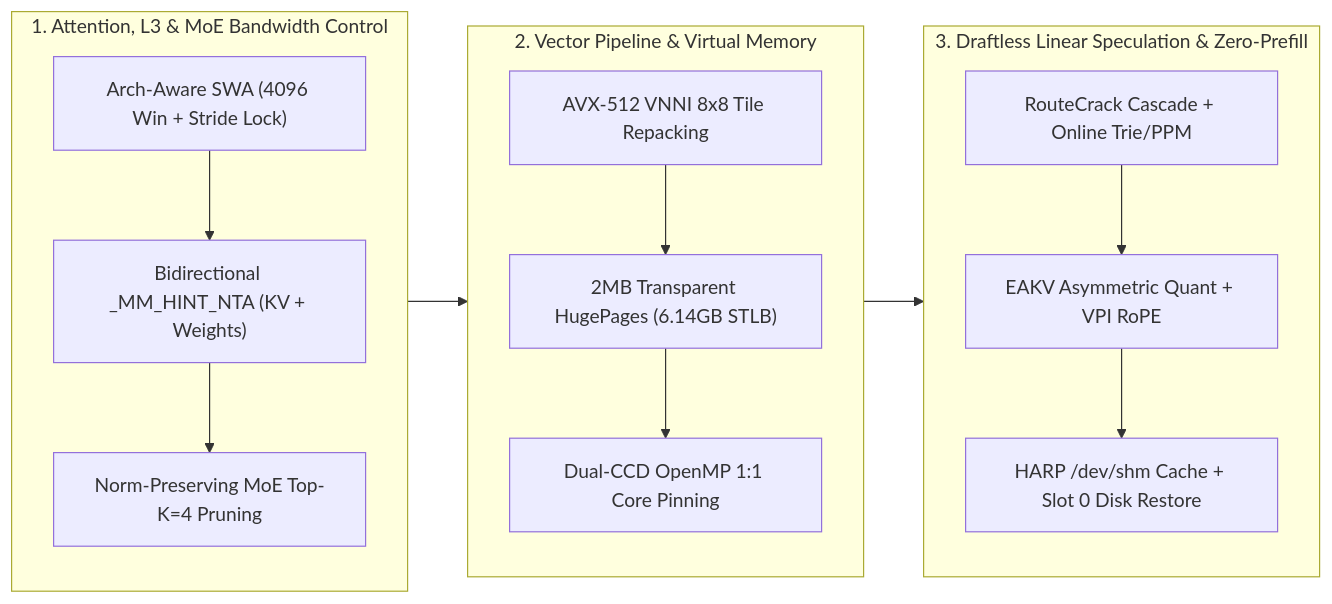
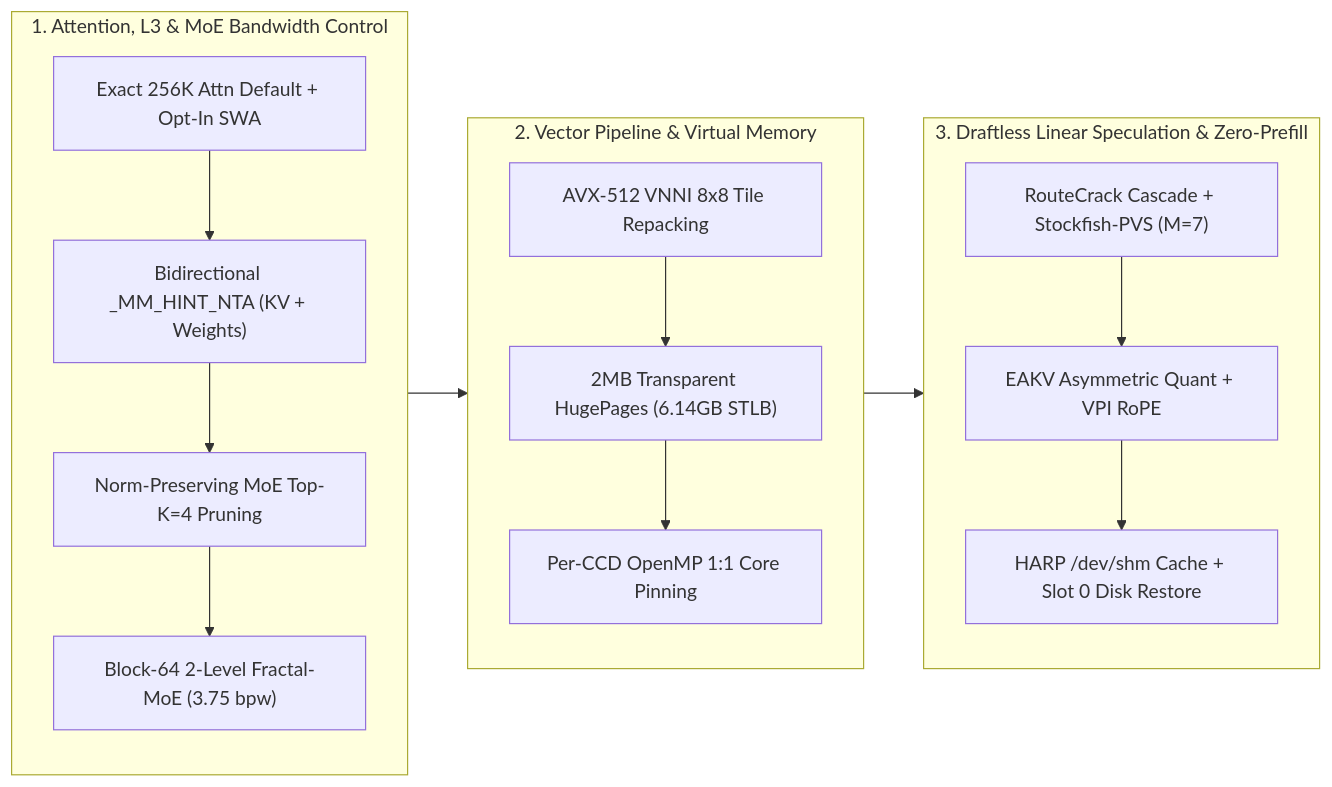
Before and after one commit to synchopate/nemotron-30b-cpu-256k: the second of 2 diagrams in ARCHITECTURE.md, drawn with Mermaid. The commit also changed other lines of this file and 14 other files, not shown here.

Commit message:
Release v2.2.0: Block-64 2-Level Hierarchical Non-Linear MoE Quantization (14.35 GiB Fractal-64 & 15.95 GiB MXFP4), 100-pt Quality Gate, & 8-CCD Threadripper PRO 7985WX (80.14 tok/s)

````diff
--- a/ARCHITECTURE.md
+++ b/ARCHITECTURE.md
@@ -100,16 +100,17 @@
 ```mermaid
 flowchart LR
     subgraph Engine["1. Attention, L3 & MoE Bandwidth Control"]
-        O1["Arch-Aware SWA (4096 Win + Stride Lock)"] --> O2["Bidirectional _MM_HINT_NTA (KV + Weights)"]
+        O1["Exact 256K Attn Default + Opt-In SWA"] --> O2["Bidirectional _MM_HINT_NTA (KV + Weights)"]
         O2 --> O9["Norm-Preserving MoE Top-K=4 Pruning"]
+        O9 --> O10["Block-64 2-Level Fractal-MoE (3.75 bpw)"]
     end
     subgraph Compute["2. Vector Pipeline & Virtual Memory"]
         O3["AVX-512 VNNI 8x8 Tile Repacking"] --> O4["2MB Transparent HugePages (6.14GB STLB)"]
-        O4 --> O5["Dual-CCD OpenMP 1:1 Core Pinning"]
+        O4 --> O5["Per-CCD OpenMP 1:1 Core Pinning"]
     end
     subgraph Spec["3. Draftless Linear Speculation & Zero-Prefill"]
-        O6["RouteCrack Cascade + Online Trie/PPM"] --> O7["EAKV Asymmetric Quant + VPI RoPE"]
+        O6["RouteCrack Cascade + Stockfish-PVS (M=7)"] --> O7["EAKV Asymmetric Quant + VPI RoPE"]
         O7 --> O8["HARP /dev/shm Cache + Slot 0 Disk Restore"]
     end
     Engine --> Compute --> Spec
 ```
````
